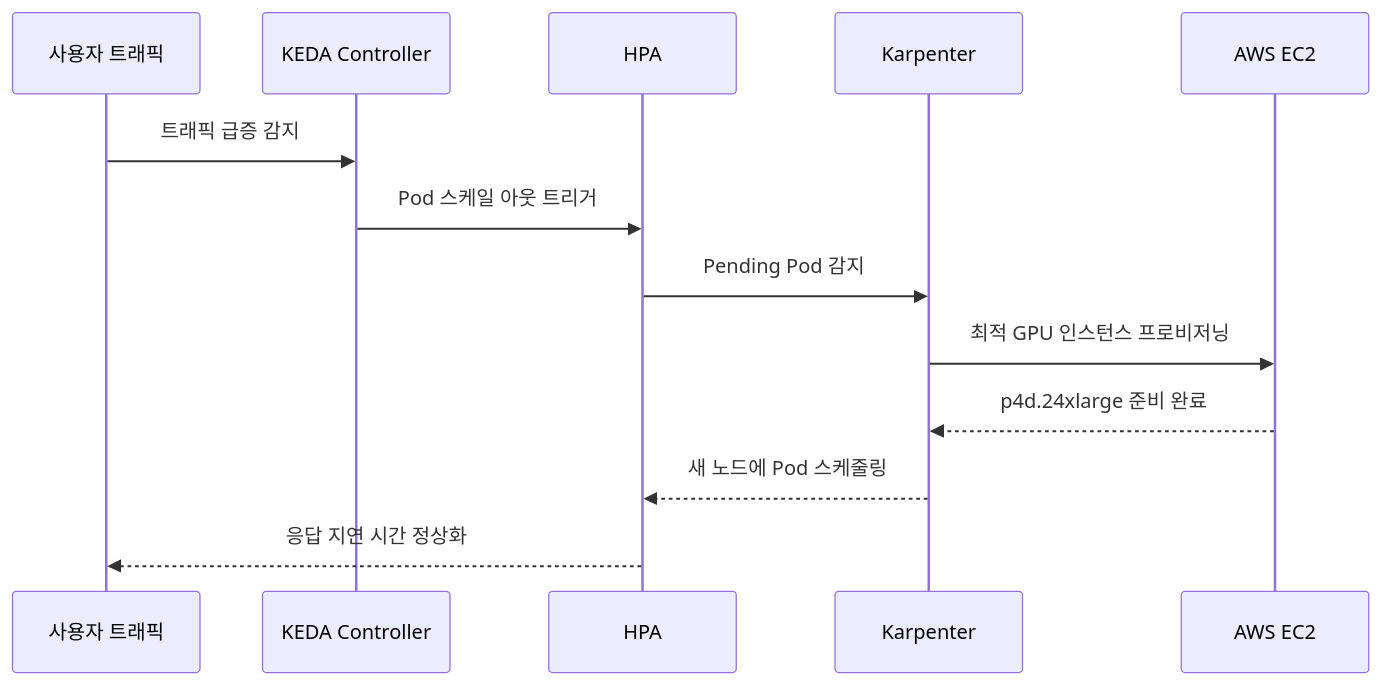
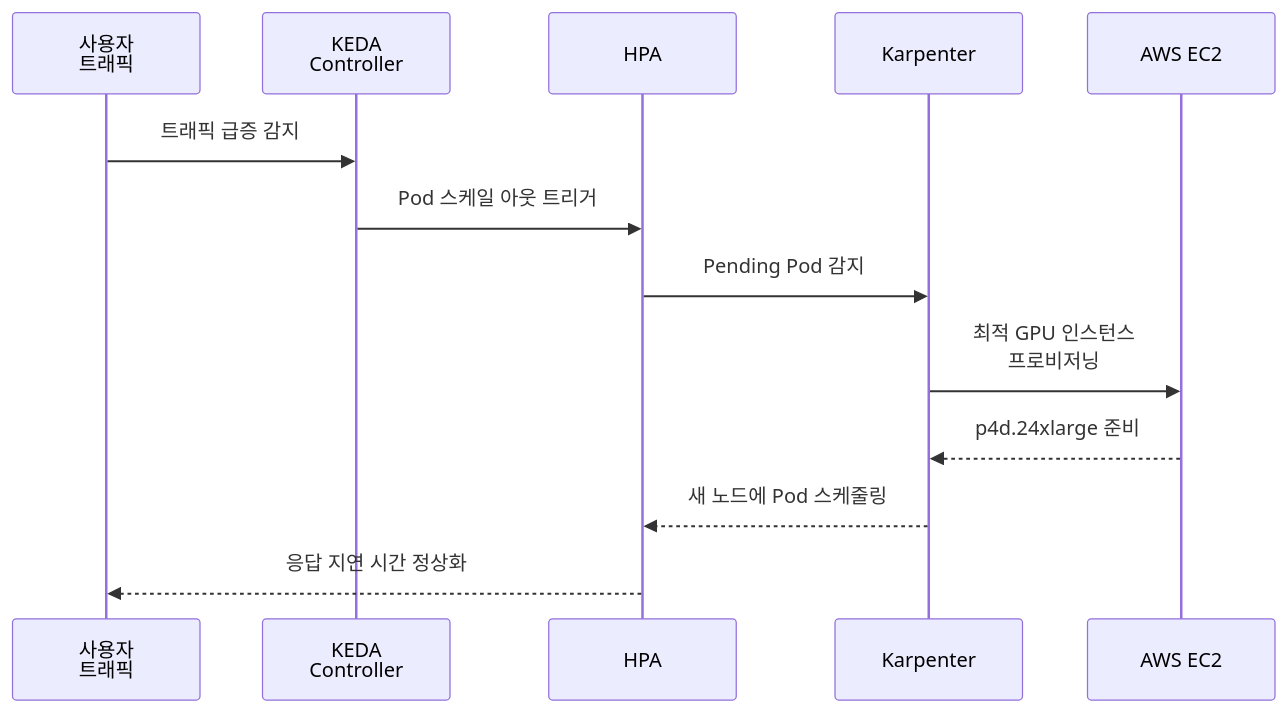
The seventh of 15 diagrams in docs/agentic-ai-platform/design-architecture/agentic-ai-solutions-eks.md (devfloor9/engineering-playbook), drawn with Mermaid before and after one commit. The commit also changed other lines of this file and 24 other files, not shown here.

````diff
--- a/docs/agentic-ai-platform/design-architecture/agentic-ai-solutions-eks.md
+++ b/docs/agentic-ai-platform/design-architecture/agentic-ai-solutions-eks.md
@@ -489,16 +493,16 @@
 ```mermaid
 sequenceDiagram
-    participant User as 사용자 트래픽
-    participant KEDA as KEDA Controller
+    participant User as 사용자<br/>트래픽
+    participant KEDA as KEDA<br/>Controller
     participant HPA as HPA
-    participant Karpenter as Karpenter
+    participant Karp as Karpenter
     participant AWS as AWS EC2
 
     User->>KEDA: 트래픽 급증 감지
     KEDA->>HPA: Pod 스케일 아웃 트리거
-    HPA->>Karpenter: Pending Pod 감지
-    Karpenter->>AWS: 최적 GPU 인스턴스 프로비저닝
-    AWS-->>Karpenter: p4d.24xlarge 준비 완료
-    Karpenter-->>HPA: 새 노드에 Pod 스케줄링
+    HPA->>Karp: Pending Pod 감지
+    Karp->>AWS: 최적 GPU 인스턴스<br/>프로비저닝
+    AWS-->>Karp: p4d.24xlarge 준비
+    Karp-->>HPA: 새 노드에 Pod 스케줄링
     HPA-->>User: 응답 지연 시간 정상화
 ```
````
